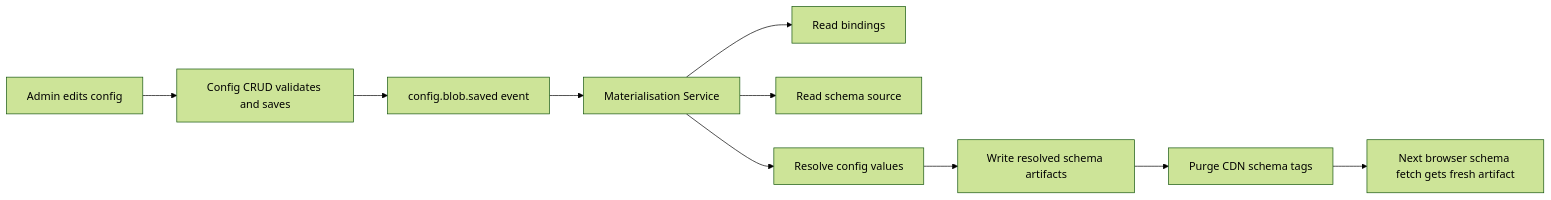
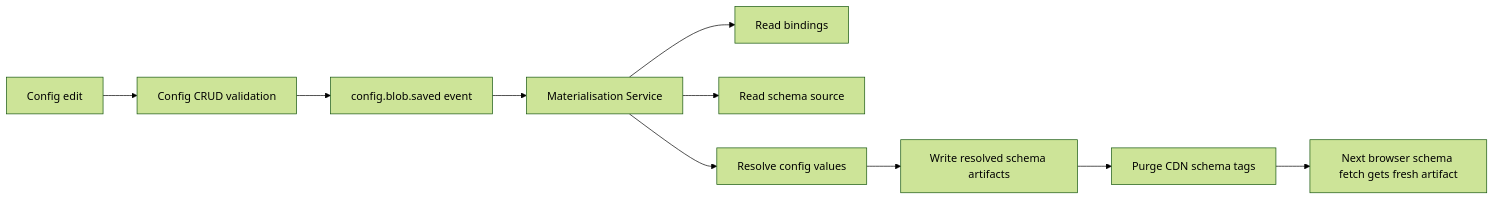
Before and after one commit to saba-2103/group-quotation: the diagram in docs/arch_v0/03-CONFIG-AND-MATERIALISATION.md, drawn with Mermaid (forest theme). The commit also changed other lines of this file, not shown here.

Commit message:
docs: rewrite Config and Materialisation architecture document as an engineering proposal

````diff
--- a/docs/arch_v0/03-CONFIG-AND-MATERIALISATION.md
+++ b/docs/arch_v0/03-CONFIG-AND-MATERIALISATION.md
@@ -51,12 +109,12 @@
 ```mermaid
 flowchart LR
-    A["Admin edits config"] --> B["Config CRUD validates and saves"]
+    A["Config edit"] --> B["Config CRUD validation"]
     B --> C["config.blob.saved event"]
     C --> D["Materialisation Service"]
     D --> E["Read bindings"]
     D --> F["Read schema source"]
     D --> G["Resolve config values"]
     G --> H["Write resolved schema artifacts"]
     H --> I["Purge CDN schema tags"]
     I --> J["Next browser schema fetch gets fresh artifact"]
 ```
````
